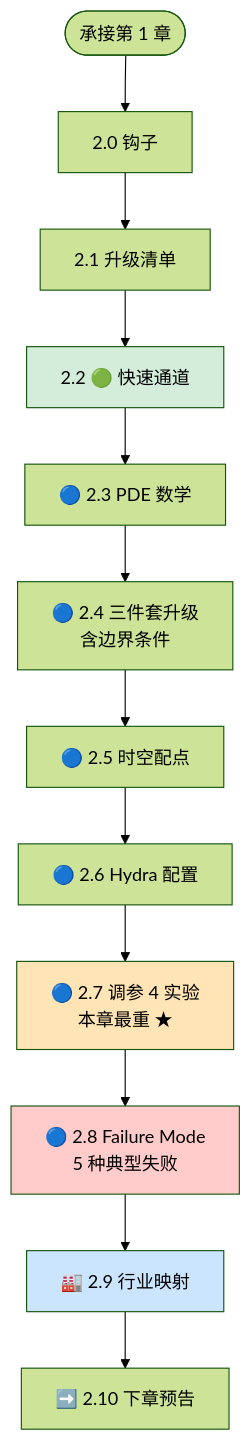
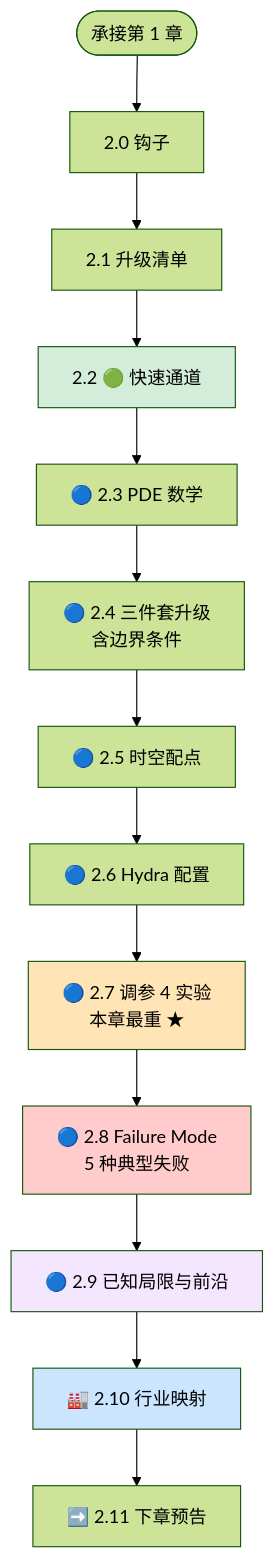
Before and after one commit to binbinao/physicsnemo-from-zero-to-one: the first of 2 diagrams in book/ch02.md, drawn with Mermaid (forest theme). The commit also changed other lines of this file and 10 other files, not shown here.

````diff
--- a/book/ch02.md
+++ b/book/ch02.md
@@ -55,19 +55,21 @@
 ```mermaid
 flowchart TD
     Start([承接第 1 章]) --> Hook[2.0 钩子]
     Hook --> Map[2.1 升级清单]
     Map --> Fast["2.2 🟢 快速通道"]
     Fast --> Math["🔵 2.3 PDE 数学"]
     Math --> Loss["🔵 2.4 三件套升级<br/>含边界条件"]
     Loss --> Sample["🔵 2.5 时空配点"]
     Sample --> Hydra["🔵 2.6 Hydra 配置"]
     Hydra --> Tune["🔵 2.7 调参 4 实验<br/>本章最重 ★"]
     Tune --> Failure["🔵 2.8 Failure Mode<br/>5 种典型失败"]
-    Failure --> Industry["🏭 2.9 行业映射"]
-    Industry --> Next["➡️ 2.10 下章预告"]
+    Failure --> Limits["🔵 2.9 已知局限与前沿"]
+    Limits --> Industry["🏭 2.10 行业映射"]
+    Industry --> Next["➡️ 2.11 下章预告"]
 
     style Tune fill:#ffe4b5
     style Failure fill:#ffcccb
+    style Limits fill:#f5e6ff
     style Fast fill:#d4edda
     style Industry fill:#cce5ff
 ```
````
